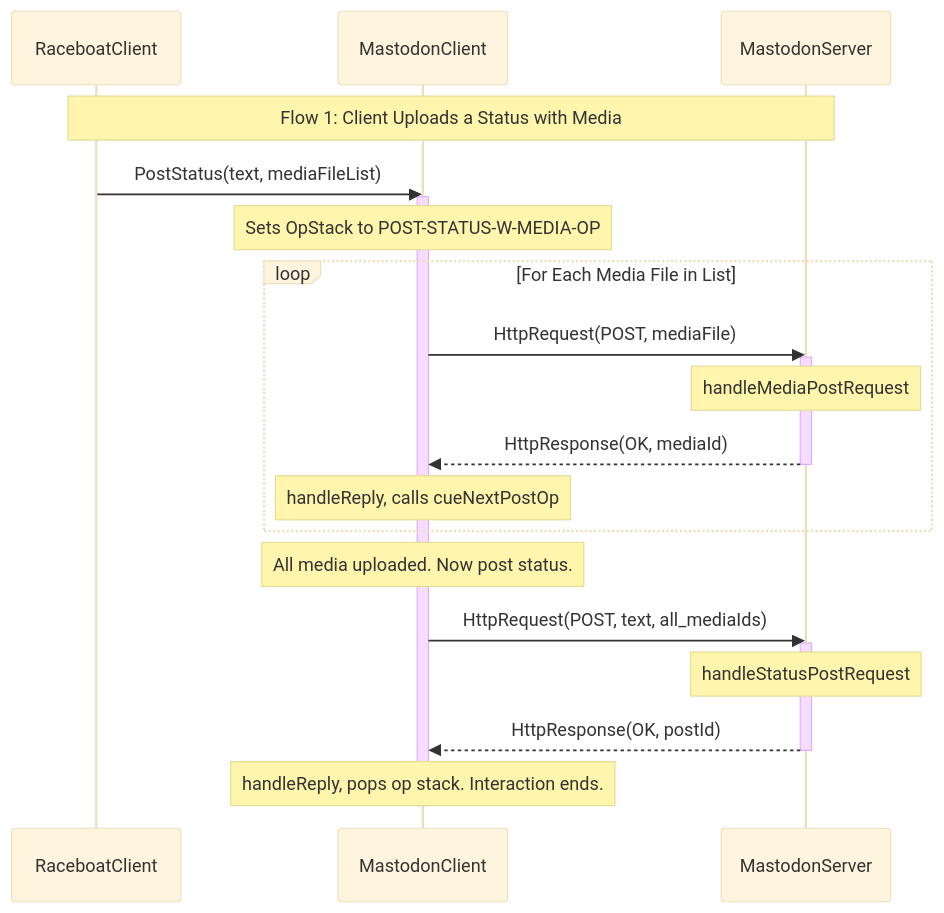
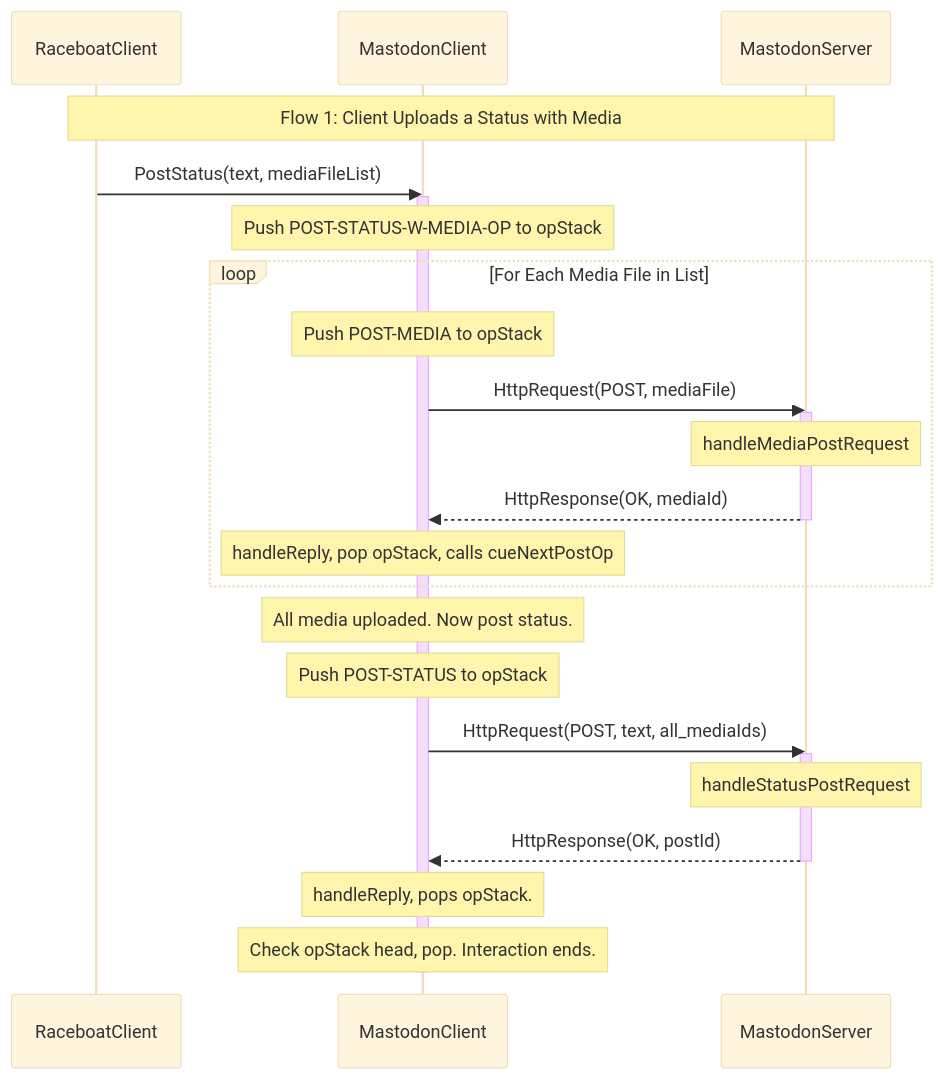
Before and after one commit to raytheonbbn/maude-hcs: diagram 18 of 19 in DEVELOPER.md, drawn with Mermaid (base theme). The commit also changed other lines of this file, not shown here.

Commit message:
Doc: Update flowcharts for POST and GET
Update Mermaid flowcharts.

````diff
--- a/DEVELOPER.md
+++ b/DEVELOPER.md
@@ -589,32 +589,35 @@
 ```mermaid
 sequenceDiagram
     participant RaceboatClient
     participant MastodonClient
     participant MastodonServer
 
     Note over RaceboatClient, MastodonServer: Flow 1: Client Uploads a Status with Media
-    
+
     RaceboatClient ->> MastodonClient: PostStatus(text, mediaFileList)
     activate MastodonClient
-    
-    Note over MastodonClient: Sets OpStack to POST-STATUS-W-MEDIA-OP
-    
+
+    Note over MastodonClient: Push POST-STATUS-W-MEDIA-OP to opStack
+
     loop For Each Media File in List
+        Note over MastodonClient: Push POST-MEDIA to opStack
         MastodonClient ->> MastodonServer: HttpRequest(POST, mediaFile)
         activate MastodonServer
         Note over MastodonServer: handleMediaPostRequest
         MastodonServer -->> MastodonClient: HttpResponse(OK, mediaId)
         deactivate MastodonServer
-        Note over MastodonClient: handleReply, calls cueNextPostOp
+        Note over MastodonClient: handleReply, pop opStack, calls cueNextPostOp
     end
-    
+
     Note over MastodonClient: All media uploaded. Now post status.
+    Note over MastodonClient: Push POST-STATUS to opStack
     MastodonClient ->> MastodonServer: HttpRequest(POST, text, all_mediaIds)
     activate MastodonServer
     Note over MastodonServer: handleStatusPostRequest
     MastodonServer -->> MastodonClient: HttpResponse(OK, postId)
     deactivate MastodonServer
-    
-    Note over MastodonClient: handleReply, pops op stack. Interaction ends.
+
+    Note over MastodonClient: handleReply, pops opStack.
+    Note over MastodonClient: Check opStack head, pop. Interaction ends.
     deactivate MastodonClient
 ```
````
